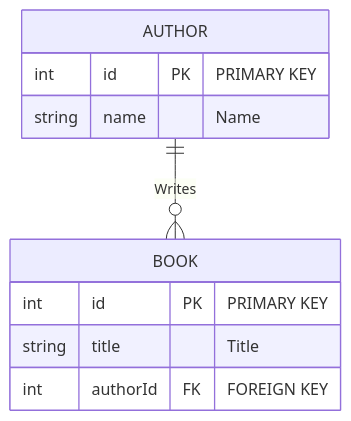
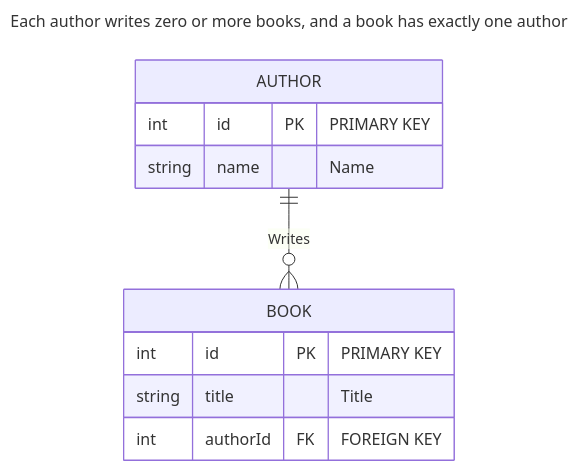
The fifth of 7 diagrams in README.MD (ahauser16/express-pg-relationship-demo), drawn with Mermaid before and after one commit. The commit also changed other lines of this file, not shown here.

Commit message:
update README.MD file with better diagrams

````diff
--- a/README.MD
+++ b/README.MD
@@ -313,13 +316,16 @@
 ```mermaid
+---
+title: "Each author writes zero or more books, and a book has exactly one author"
+---
 erDiagram
     AUTHOR {
         int id PK "PRIMARY KEY"
         string name "Name"
     }
     BOOK {
         int id PK "PRIMARY KEY"
         string title "Title"
         int authorId FK "FOREIGN KEY"
     }
     AUTHOR ||--o{ BOOK : "Writes"
 ```
````
